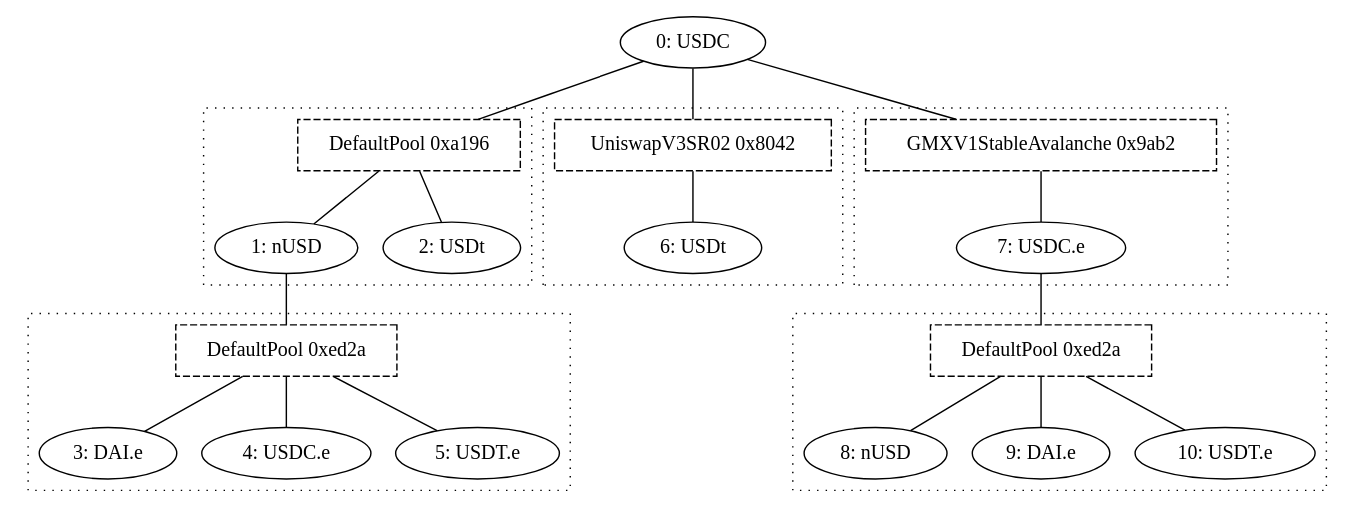
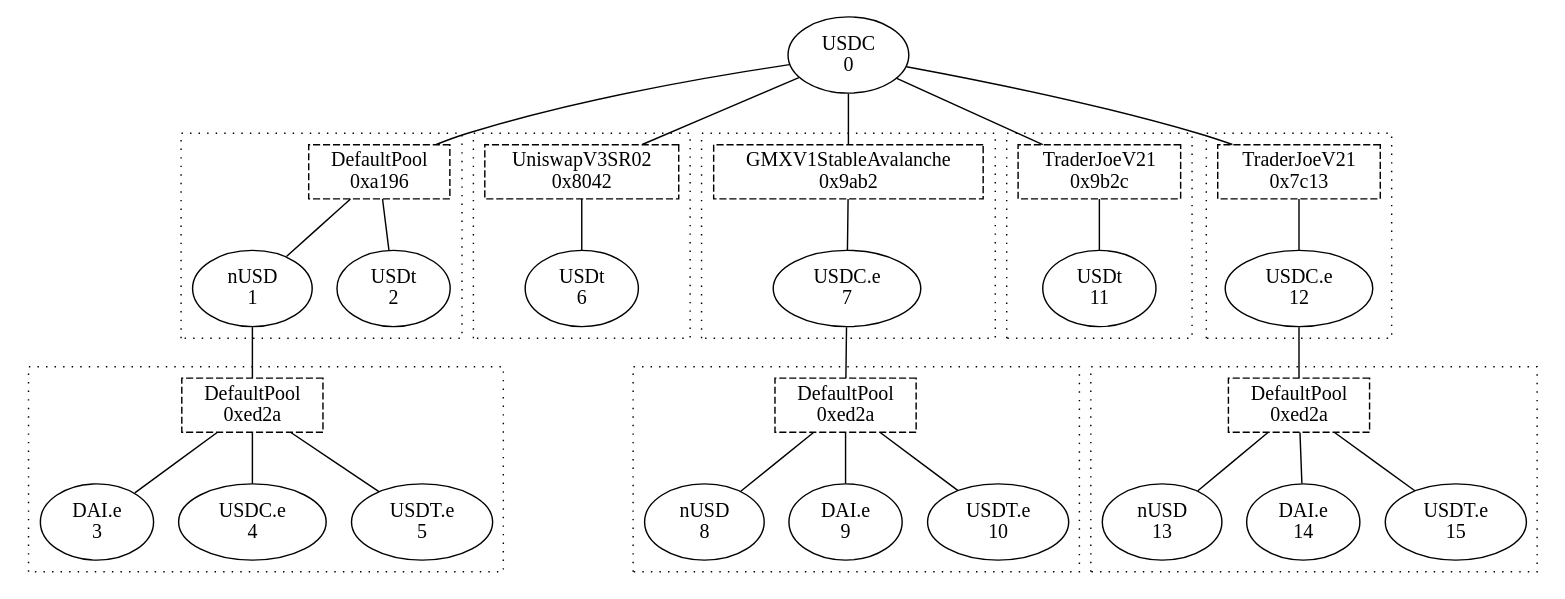
The diagram in script/configs/avalanche/LinkedPool.CCTP.USDC.dot (synapsecns/synapse-contracts), drawn with Graphviz before and after one commit. The commit also changed 2 other files, not shown here.

Commit message:
Update the LinkedPool config on AVAX

```diff
--- a/script/configs/avalanche/LinkedPool.CCTP.USDC.dot
+++ b/script/configs/avalanche/LinkedPool.CCTP.USDC.dot
@@ -1,75 +1,116 @@
 graph G {
-    token0 [label = "0: USDC";];
-    token1 [label = "1: nUSD";];
-    token2 [label = "2: USDt";];
-    token3 [label = "3: DAI.e";];
-    token4 [label = "4: USDC.e";];
-    token5 [label = "5: USDT.e";];
-    token6 [label = "6: USDt";];
-    token7 [label = "7: USDC.e";];
-    token8 [label = "8: nUSD";];
-    token9 [label = "9: DAI.e";];
-    token10 [label = "10: USDT.e";];
-    pool0 [label = "DefaultPool 0xa196";shape = rect;style = dashed;];
+    token0 [label = "USDC\n0";];
+    token1 [label = "nUSD\n1";];
+    token2 [label = "USDt\n2";];
+    token3 [label = "DAI.e\n3";];
+    token4 [label = "USDC.e\n4";];
+    token5 [label = "USDT.e\n5";];
+    token6 [label = "USDt\n6";];
+    token7 [label = "USDC.e\n7";];
+    token8 [label = "nUSD\n8";];
+    token9 [label = "DAI.e\n9";];
+    token10 [label = "USDT.e\n10";];
+    token11 [label = "USDt\n11";];
+    token12 [label = "USDC.e\n12";];
+    token13 [label = "nUSD\n13";];
+    token14 [label = "DAI.e\n14";];
+    token15 [label = "USDT.e\n15";];
+    pool0 [label = "DefaultPool\n0xa196";shape = rect;style = dashed;];
     token0 -- pool0;
     subgraph cluster0 {
         style = dotted;
         pool0 -- token1;
         pool0 -- token2;
         subgraph {
             rank = same;
             edge [style = invis;];
             token1 -- token2;
         }
     }
-    pool1 [label = "DefaultPool 0xed2a";shape = rect;style = dashed;];
+    pool1 [label = "DefaultPool\n0xed2a";shape = rect;style = dashed;];
     token1 -- pool1;
     subgraph cluster1 {
         style = dotted;
         pool1 -- token3;
         pool1 -- token4;
         pool1 -- token5;
         subgraph {
             rank = same;
             edge [style = invis;];
             token3 -- token4;
             token4 -- token5;
         }
     }
-    pool2 [label = "UniswapV3SR02 0x8042";shape = rect;style = dashed;];
+    pool2 [label = "UniswapV3SR02\n0x8042";shape = rect;style = dashed;];
     token0 -- pool2;
     subgraph cluster2 {
         style = dotted;
         pool2 -- token6;
         subgraph {
             rank = same;
             edge [style = invis;];
             token6;
         }
     }
-    pool3 [label = "GMXV1StableAvalanche 0x9ab2";shape = rect;style = dashed;];
+    pool3 [label = "GMXV1StableAvalanche\n0x9ab2";shape = rect;style = dashed;];
     token0 -- pool3;
     subgraph cluster3 {
         style = dotted;
         pool3 -- token7;
         subgraph {
             rank = same;
             edge [style = invis;];
             token7;
         }
     }
-    pool4 [label = "DefaultPool 0xed2a";shape = rect;style = dashed;];
+    pool4 [label = "DefaultPool\n0xed2a";shape = rect;style = dashed;];
     token7 -- pool4;
     subgraph cluster4 {
         style = dotted;
         pool4 -- token8;
         pool4 -- token9;
         pool4 -- token10;
         subgraph {
             rank = same;
             edge [style = invis;];
             token8 -- token9;
             token9 -- token10;
         }
     }
+    pool5 [label = "TraderJoeV21\n0x9b2c";shape = rect;style = dashed;];
+    token0 -- pool5;
+    subgraph cluster5 {
+        style = dotted;
+        pool5 -- token11;
+        subgraph {
+            rank = same;
+            edge [style = invis;];
+            token11;
+        }
+    }
+    pool6 [label = "TraderJoeV21\n0x7c13";shape = rect;style = dashed;];
+    token0 -- pool6;
+    subgraph cluster6 {
+        style = dotted;
+        pool6 -- token12;
+        subgraph {
+            rank = same;
+            edge [style = invis;];
+            token12;
+        }
+    }
+    pool7 [label = "DefaultPool\n0xed2a";shape = rect;style = dashed;];
+    token12 -- pool7;
+    subgraph cluster7 {
+        style = dotted;
+        pool7 -- token13;
+        pool7 -- token14;
+        pool7 -- token15;
+        subgraph {
+            rank = same;
+            edge [style = invis;];
+            token13 -- token14;
+            token14 -- token15;
+        }
+    }
 }
```
